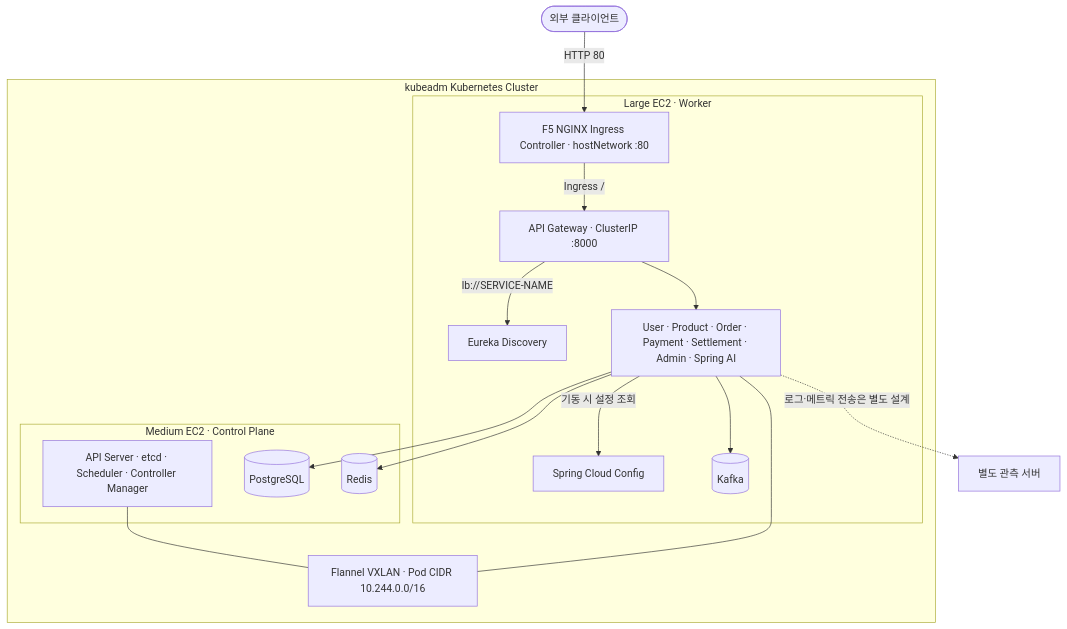
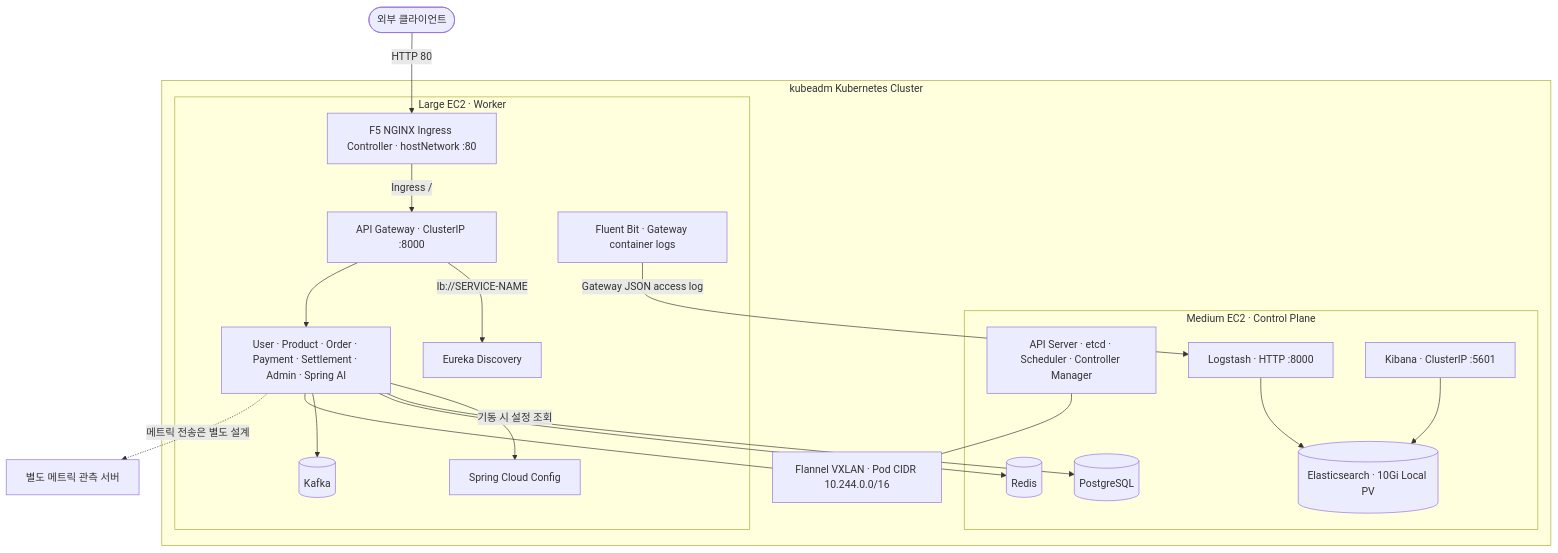
Before and after one commit to prgrms-be-adv-devcourse/beadv6_6_3JMT_BE: the first of 3 diagrams in docs/architecture/kubernetes.md, drawn with Mermaid. The commit also changed other lines of this file and 8 other files, not shown here.

````diff
--- a/docs/architecture/kubernetes.md
+++ b/docs/architecture/kubernetes.md
@@ -124,37 +126,44 @@
 ```mermaid
 flowchart TB
     Client([외부 클라이언트])
 
     subgraph Cluster["kubeadm Kubernetes Cluster"]
         subgraph Medium["Medium EC2 · Control Plane"]
             CP["API Server · etcd · Scheduler · Controller Manager"]
             PG[(PostgreSQL)]
             Redis[(Redis)]
+            ES[(Elasticsearch · 10Gi Local PV)]
+            LS["Logstash · HTTP :8000"]
+            Kibana["Kibana · ClusterIP :5601"]
         end
 
         subgraph Large["Large EC2 · Worker"]
             Ingress["F5 NGINX Ingress Controller · hostNetwork :80"]
             GW["API Gateway · ClusterIP :8000"]
             Eureka["Eureka Discovery"]
             Config["Spring Cloud Config"]
             Apps["User · Product · Order · Payment · Settlement · Admin · Spring AI"]
             Kafka[(Kafka)]
+            FB["Fluent Bit · Gateway container logs"]
         end
 
         Flannel["Flannel VXLAN · Pod CIDR 10.244.0.0/16"]
     end
 
-    Observability["별도 관측 서버"]
+    Metrics["별도 메트릭 관측 서버"]
 
     Client -->|"HTTP 80"| Ingress
     Ingress -->|"Ingress /"| GW
     GW -->|"lb://SERVICE-NAME"| Eureka
     GW --> Apps
     Apps -->|"기동 시 설정 조회"| Config
     Apps --> PG
     Apps --> Redis
     Apps --> Kafka
+    FB -->|"Gateway JSON access log"| LS
+    LS --> ES
+    Kibana --> ES
     CP --- Flannel
     Apps --- Flannel
-    Apps -.->|로그·메트릭 전송은 별도 설계| Observability
+    Apps -.->|메트릭 전송은 별도 설계| Metrics
 ```
````
